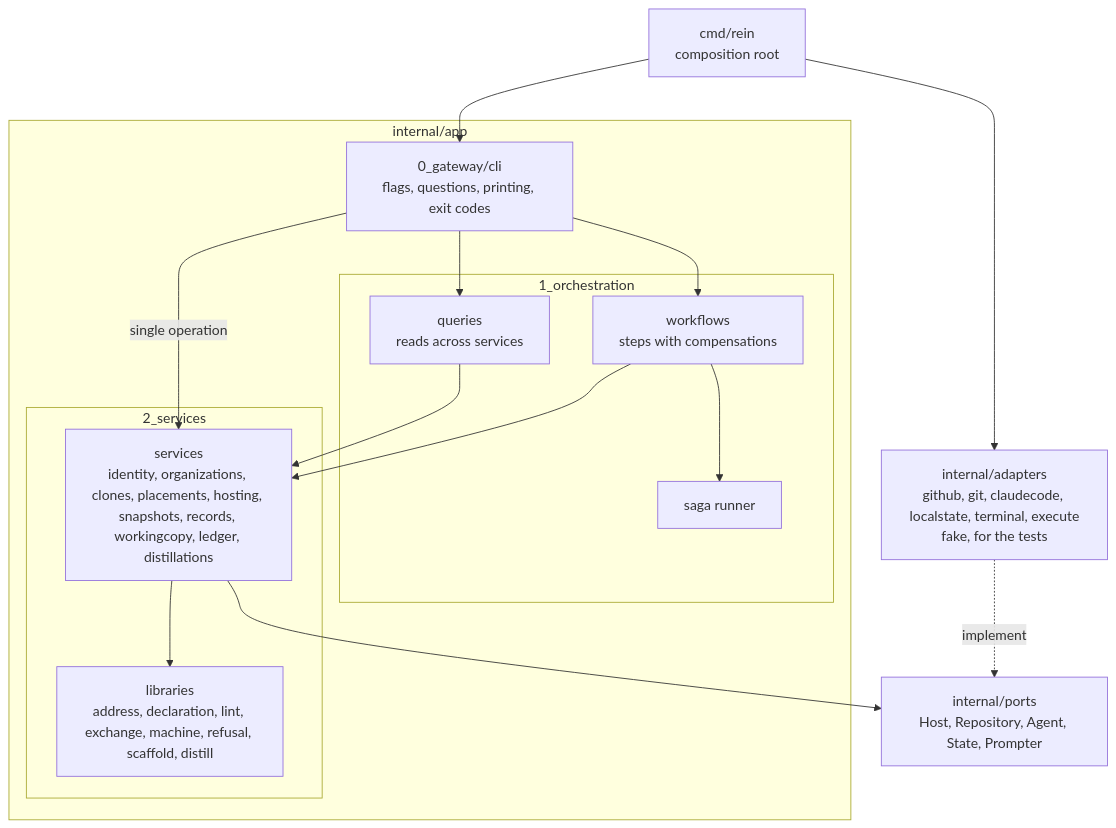
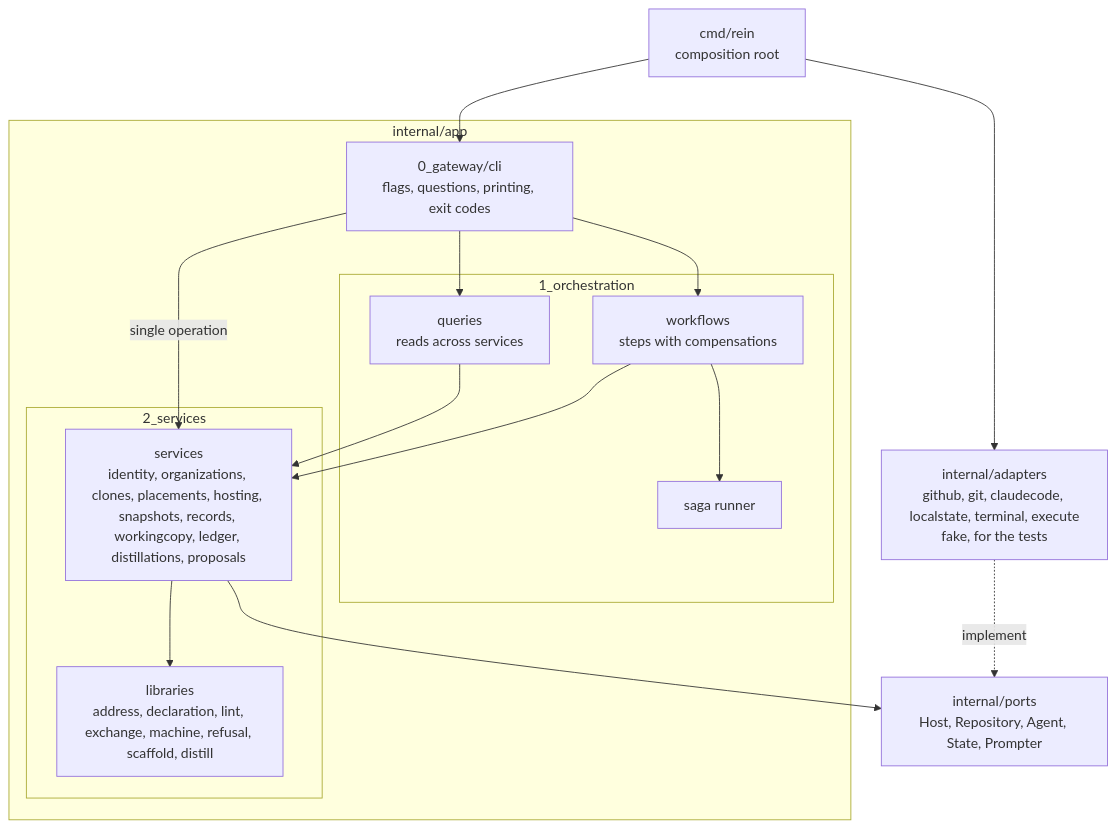
One commit to Danidani23/agents-rein changed the diagram in docs/architecture.md. Above: the diagram before and after it, drawn with Mermaid. The commit also changed 17 other files, not shown here.

````diff
--- a/docs/architecture.md
+++ b/docs/architecture.md
@@ -18,30 +18,30 @@
 ```mermaid
 flowchart TB
     main["cmd/rein<br/>composition root"]
     subgraph app["internal/app"]
         gateway["0_gateway/cli<br/>flags, questions, printing, exit codes"]
         subgraph orchestration["1_orchestration"]
             workflows["workflows<br/>steps with compensations"]
             queries["queries<br/>reads across services"]
             runner["saga runner"]
         end
         subgraph services["2_services"]
-            svc["services<br/>identity, organizations, clones, placements, hosting, snapshots, records, workingcopy, ledger, distillations"]
+            svc["services<br/>identity, organizations, clones, placements, hosting, snapshots, records, workingcopy, ledger, distillations, proposals"]
             libs["libraries<br/>address, declaration, lint, exchange, machine, refusal, scaffold, distill"]
         end
     end
     ports["internal/ports<br/>Host, Repository, Agent, State, Prompter"]
     adapters["internal/adapters<br/>github, git, claudecode, localstate, terminal, execute<br/>fake, for the tests"]
 
     main --> gateway
     main --> adapters
     gateway --> workflows
     gateway --> queries
     gateway -- "single operation" --> svc
     workflows --> runner
     workflows --> svc
     queries --> svc
     svc --> ports
     svc --> libs
     adapters -. implement .-> ports
 ```
````
